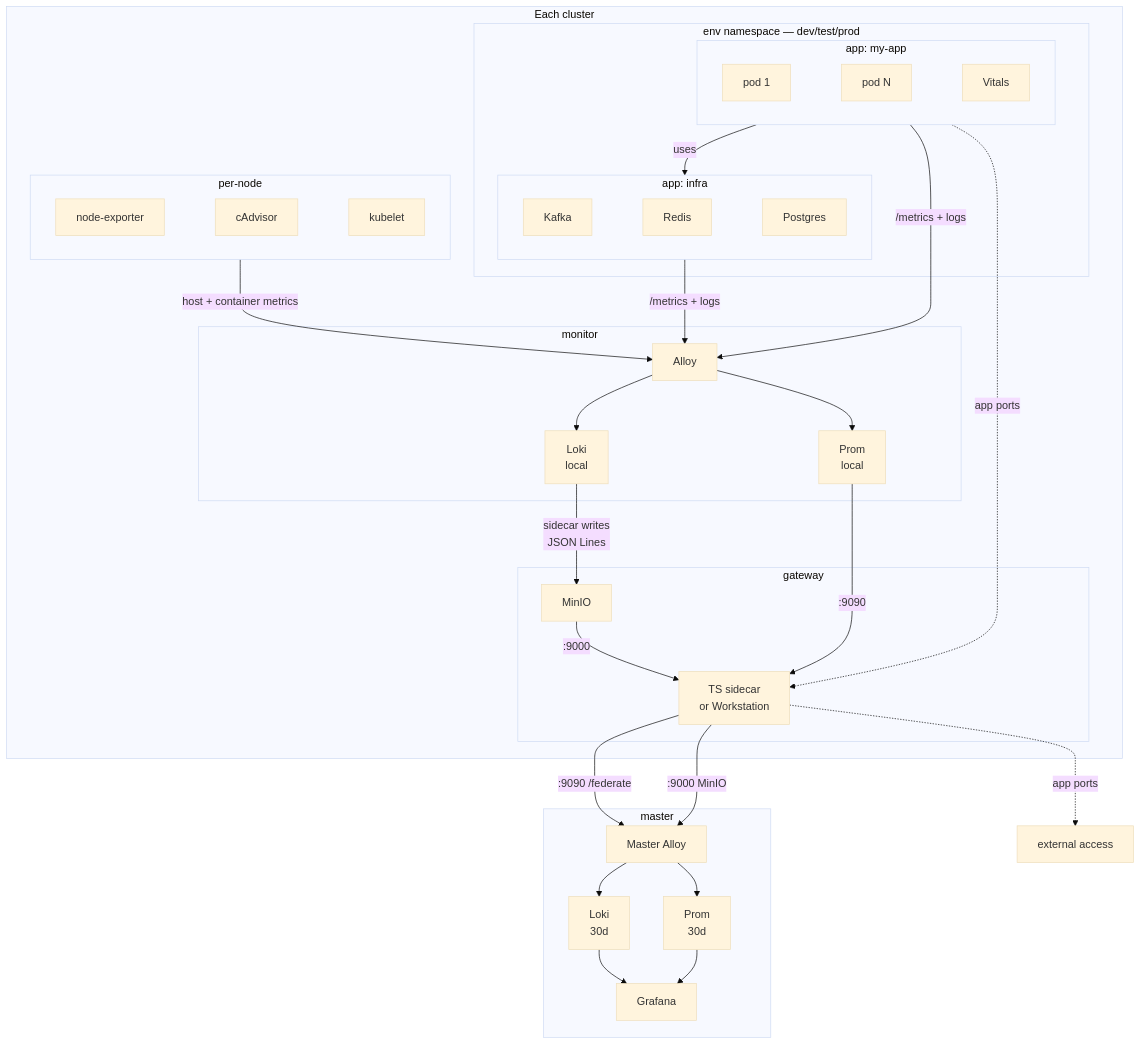
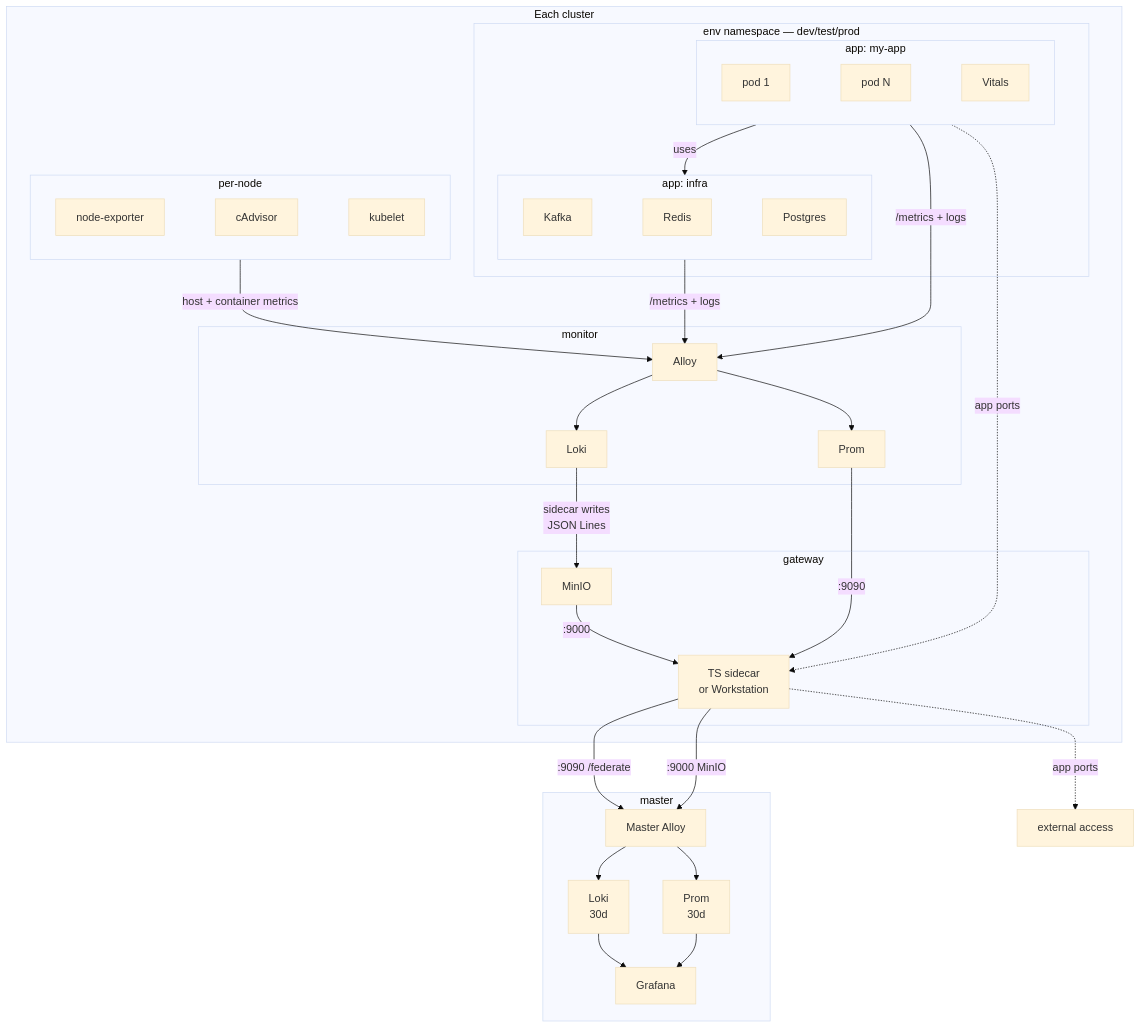
One commit to Kord96/kordinate changed the second of 2 diagrams in docs/infra/infrastructure.md. Above: the diagram before and after it, drawn with Mermaid (base theme). The commit also changed other lines of this file, not shown here.

Commit message:
Polish Deployer page [scribe]
Removed: title redundancy, stale subtitle, Style field, extra blanks.
Added: migrate-workstation command.
Data flow now collapsible (consistent with cluster architecture).
Removed "local" from prom/loki labels in cluster diagram.

````diff
--- a/docs/infra/infrastructure.md
+++ b/docs/infra/infrastructure.md
@@ -93,52 +85,52 @@
-```mermaid
-flowchart TB
-    subgraph cluster[Each cluster]
-        subgraph env[env namespace — dev/test/prod]
-            subgraph myapp["app: my-app"]
-                P1[pod 1]
-                PN[pod N]
-                VIT[Vitals]
-                P1 ~~~ PN ~~~ VIT
+    ```mermaid
+    flowchart TB
+        subgraph cluster[Each cluster]
+            subgraph env[env namespace — dev/test/prod]
+                subgraph myapp["app: my-app"]
+                    P1[pod 1]
+                    PN[pod N]
+                    VIT[Vitals]
+                    P1 ~~~ PN ~~~ VIT
+                end
+                subgraph infra["app: infra"]
+                    KF[Kafka]
+                    RD[Redis]
+                    PG[Postgres]
+                    KF ~~~ RD ~~~ PG
+                end
             end
-            subgraph infra["app: infra"]
-                KF[Kafka]
-                RD[Redis]
-                PG[Postgres]
-                KF ~~~ RD ~~~ PG
+
+            subgraph nodes[per-node]
+                NE[node-exporter]
+                CA[cAdvisor]
+                KL[kubelet]
+                NE ~~~ CA ~~~ KL
             end
+
+            subgraph mon[monitor]
+                AL[Alloy] --> LK[Loki] & PR[Prom]
+            end
+
+            subgraph gw[gateway]
+                GWT[TS sidecar<br/>or Workstation]
+                MIO[MinIO]
+            end
+
+            myapp -->|uses| infra
+            myapp & infra -->|/metrics + logs| AL
+            nodes -->|host + container metrics| AL
+            PR -->|:9090| GWT
+            LK -->|sidecar writes<br/>JSON Lines| MIO
+            MIO -->|:9000| GWT
+            myapp -.->|app ports| GWT
         end
 
-        subgraph nodes[per-node]
-            NE[node-exporter]
-            CA[cAdvisor]
-            KL[kubelet]
-            NE ~~~ CA ~~~ KL
+        GWT -->|:9090 /federate| MA
+        GWT -->|:9000 MinIO| MA
+        GWT -.->|app ports| EXT[external access]
+
+        subgraph master[master]
+            MA[Master Alloy] --> ML[Loki<br/>30d] & MP[Prom<br/>30d]
+            MP & ML --> G[Grafana]
         end
-
-        subgraph mon[monitor]
-            AL[Alloy] --> LK[Loki<br/>local] & PR[Prom<br/>local]
-        end
-
-        subgraph gw[gateway]
-            GWT[TS sidecar<br/>or Workstation]
-            MIO[MinIO]
-        end
-
-        myapp -->|uses| infra
-        myapp & infra -->|/metrics + logs| AL
-        nodes -->|host + container metrics| AL
-        PR -->|:9090| GWT
-        LK -->|sidecar writes<br/>JSON Lines| MIO
-        MIO -->|:9000| GWT
-        myapp -.->|app ports| GWT
-    end
-
-    GWT -->|:9090 /federate| MA
-    GWT -->|:9000 MinIO| MA
-    GWT -.->|app ports| EXT[external access]
-
-    subgraph master[master]
-        MA[Master Alloy] --> ML[Loki<br/>30d] & MP[Prom<br/>30d]
-        MP & ML --> G[Grafana]
-    end
-```
+    ```
````
